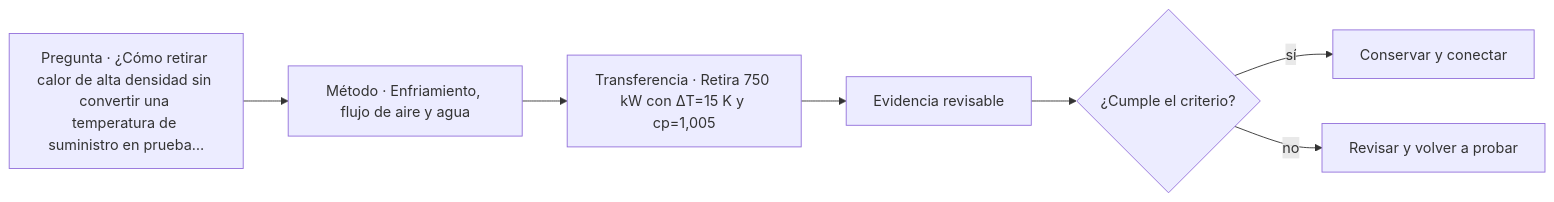
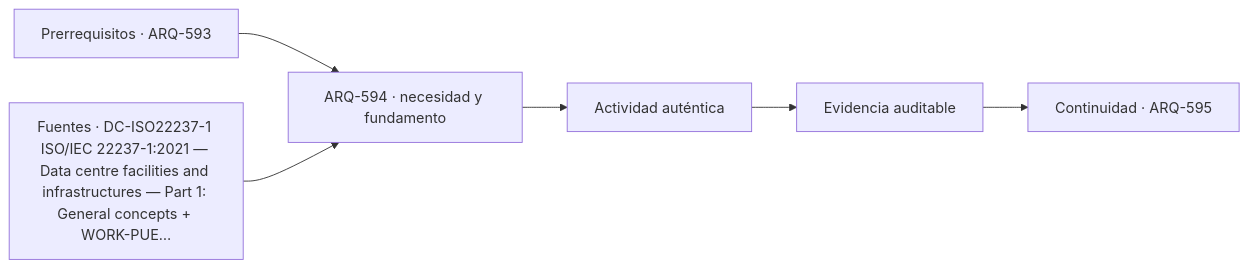
Before and after one commit to vladimiracunadev-create/architecture-built-environment-learning-program: the diagram in classes/parte-60/ARQ-594.md, drawn with Mermaid. The commit also changed other lines of this file and 761 other files, not shown here.

````diff
--- a/classes/parte-60/ARQ-594.md
+++ b/classes/parte-60/ARQ-594.md
@@ -93,9 +105,8 @@
 ```mermaid
 flowchart LR
-    Q["Pregunta · ¿Cómo retirar calor de alta densidad sin convertir una temperatura de suministro en prueba…"] --> M["Método · Enfriamiento, flujo de aire y agua"]
-    M --> P["Transferencia · Retira 750 kW con ΔT=15 K y cp=1,005"]
-    P --> E["Evidencia revisable"]
-    E --> C{"¿Cumple el criterio?"}
-    C -->|sí| T["Conservar y conectar"]
-    C -->|no| R["Revisar y volver a probar"]
+    A["Prerrequisitos · ARQ-593"] --> B["ARQ-594 · necesidad y fundamento"]
+    S["Fuentes · DC-ISO22237-1 ISO/IEC 22237-1:2021 — Data centre facilities and infrastructures — Part 1: General concepts + WORK-PUE…"] --> B
+    B --> C["Actividad auténtica"]
+    C --> D["Evidencia auditable"]
+    D --> E["Continuidad · ARQ-595"]
 ```
````
